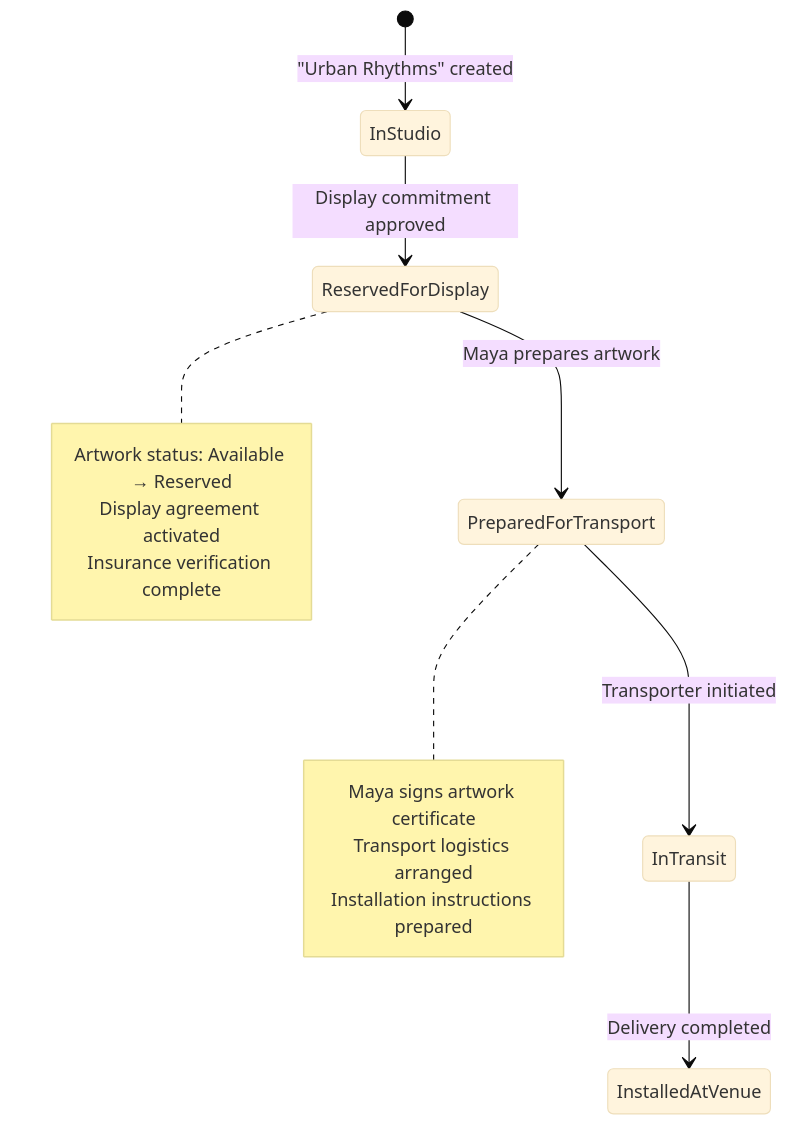
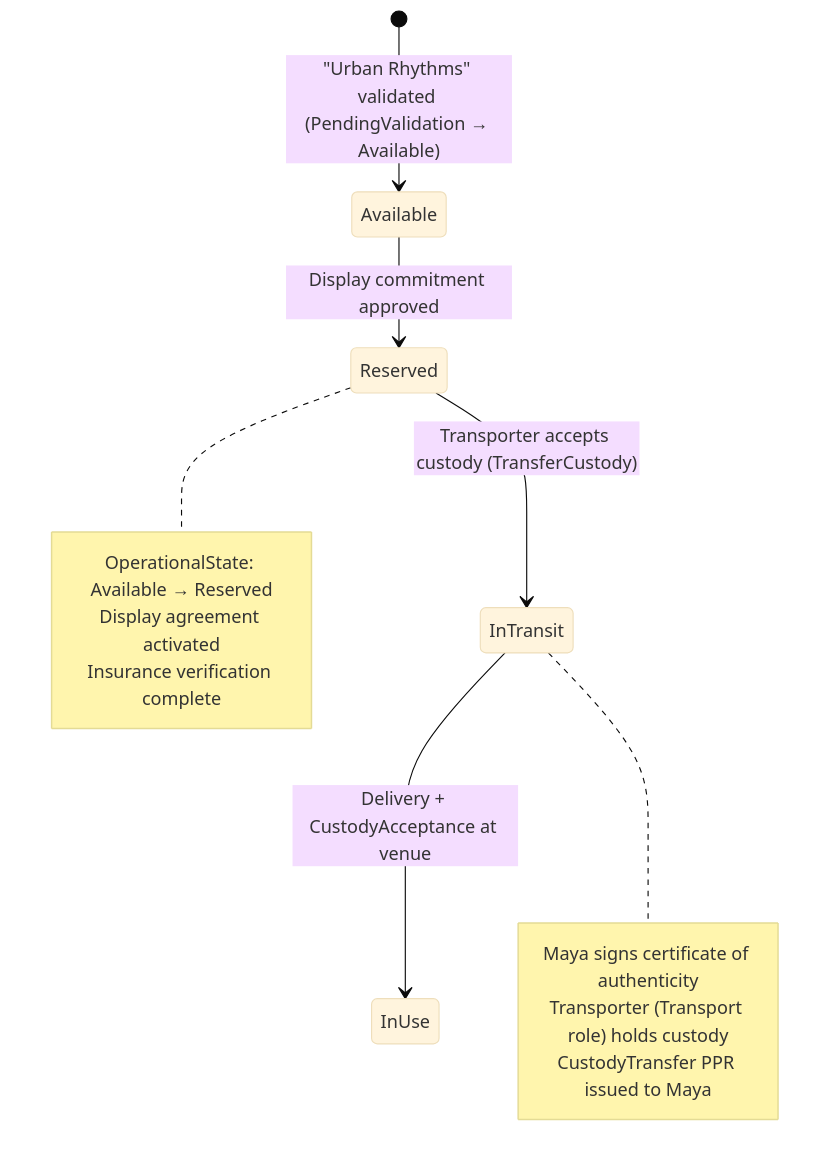
One commit to Sensorica/nondominium changed the sixth of 12 diagrams in documentation/Applications/user-story/user-story-artcoin.md. Above: the diagram before and after it, drawn with Mermaid (base theme). The commit also changed other lines of this file and 99 other files, not shown here.

````diff
--- a/documentation/Applications/user-story/user-story-artcoin.md
+++ b/documentation/Applications/user-story/user-story-artcoin.md
@@ -219,20 +264,19 @@
 ```mermaid
 stateDiagram-v2
-    [*] --> InStudio: "Urban Rhythms" created
-    InStudio --> ReservedForDisplay: Display commitment approved
-    ReservedForDisplay --> PreparedForTransport: Maya prepares artwork
-    PreparedForTransport --> InTransit: Transporter initiated
-    InTransit --> InstalledAtVenue: Delivery completed
+    [*] --> Available: "Urban Rhythms" validated (PendingValidation → Available)
+    Available --> Reserved: Display commitment approved
+    Reserved --> InTransit: Transporter accepts custody (TransferCustody)
+    InTransit --> InUse: Delivery + CustodyAcceptance at venue
 
-    note right of ReservedForDisplay
-        Artwork status: Available → Reserved
+    note right of Reserved
+        OperationalState: Available → Reserved
         Display agreement activated
         Insurance verification complete
     end note
 
-    note right of PreparedForTransport
-        Maya signs artwork certificate
-        Transport logistics arranged
-        Installation instructions prepared
+    note right of InTransit
+        Maya signs certificate of authenticity
+        Transporter (Transport role) holds custody
+        CustodyTransfer PPR issued to Maya
     end note
 ```
````
